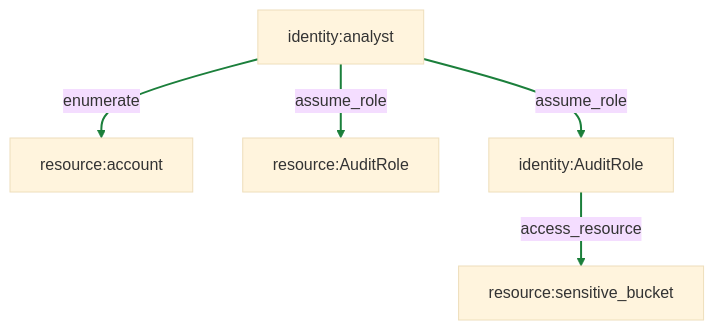
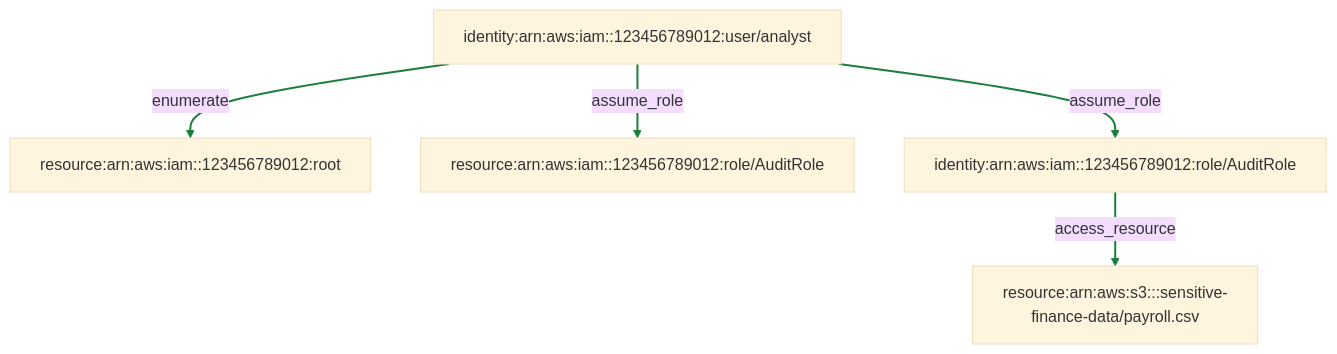
Before and after one commit to PydaVi/rastro: the diagram in examples/output_mock/attack_graph.mmd, drawn with Mermaid (base theme). The commit also changed 3 other files, not shown here.

```diff
--- a/examples/output_mock/attack_graph.mmd
+++ b/examples/output_mock/attack_graph.mmd
@@ -1,14 +1,14 @@
 graph TD
-  identity_analyst["identity:analyst"]
-  resource_account["resource:account"]
-  resource_AuditRole["resource:AuditRole"]
-  identity_AuditRole["identity:AuditRole"]
-  resource_sensitive_bucket["resource:sensitive_bucket"]
-  identity_analyst -->|"enumerate"| resource_account
+  identity_arn_aws_iam__123456789012_user_analyst["identity:arn:aws:iam::123456789012:user/analyst"]
+  resource_arn_aws_iam__123456789012_root["resource:arn:aws:iam::123456789012:root"]
+  resource_arn_aws_iam__123456789012_role_AuditRole["resource:arn:aws:iam::123456789012:role/AuditRole"]
+  identity_arn_aws_iam__123456789012_role_AuditRole["identity:arn:aws:iam::123456789012:role/AuditRole"]
+  resource_arn_aws_s3___sensitive_finance_data_payroll_csv["resource:arn:aws:s3:::sensitive-finance-data/payroll.csv"]
+  identity_arn_aws_iam__123456789012_user_analyst -->|"enumerate"| resource_arn_aws_iam__123456789012_root
   linkStyle 0 stroke:#1b7f3b,stroke-width:2px;
-  identity_analyst -->|"assume_role"| resource_AuditRole
+  identity_arn_aws_iam__123456789012_user_analyst -->|"assume_role"| resource_arn_aws_iam__123456789012_role_AuditRole
   linkStyle 1 stroke:#1b7f3b,stroke-width:2px;
-  identity_analyst -->|"assume_role"| identity_AuditRole
+  identity_arn_aws_iam__123456789012_user_analyst -->|"assume_role"| identity_arn_aws_iam__123456789012_role_AuditRole
   linkStyle 2 stroke:#1b7f3b,stroke-width:2px;
-  identity_AuditRole -->|"access_resource"| resource_sensitive_bucket
+  identity_arn_aws_iam__123456789012_role_AuditRole -->|"access_resource"| resource_arn_aws_s3___sensitive_finance_data_payroll_csv
   linkStyle 3 stroke:#1b7f3b,stroke-width:2px;
```
